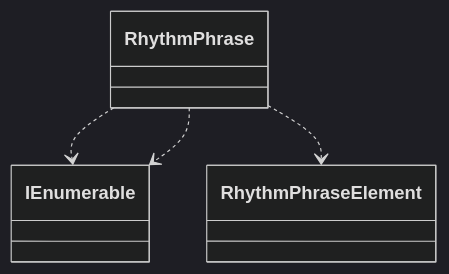
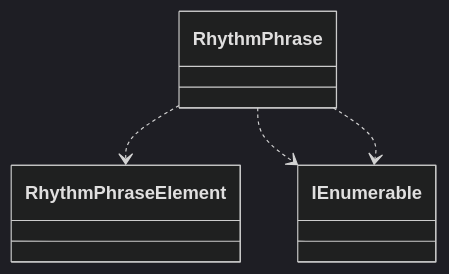
One commit to schnock-art/project_inspector changed diagram 22 of 31 in test/test.md. Above: the diagram before and after it, drawn with Mermaid (dark theme). The commit also changed other lines of this file and 2 other files, not shown here.

Commit message:
Fixed empyt mermaid diagrams

````diff
--- a/test/test.md
+++ b/test/test.md
@@ -521,6 +516,6 @@
 ```mermaid
 classDiagram
-RhythmPhrase ..> IEnumerable
 RhythmPhrase ..> RhythmPhraseElement
 RhythmPhrase ..> IEnumerable
+RhythmPhrase ..> IEnumerable
 ```
````
